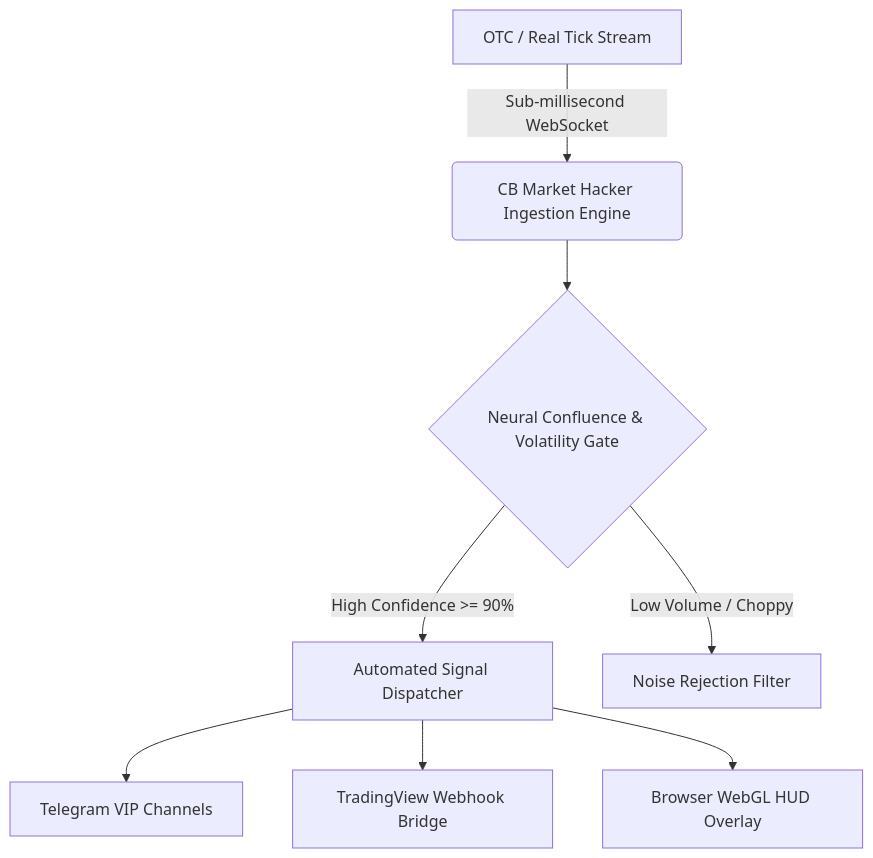
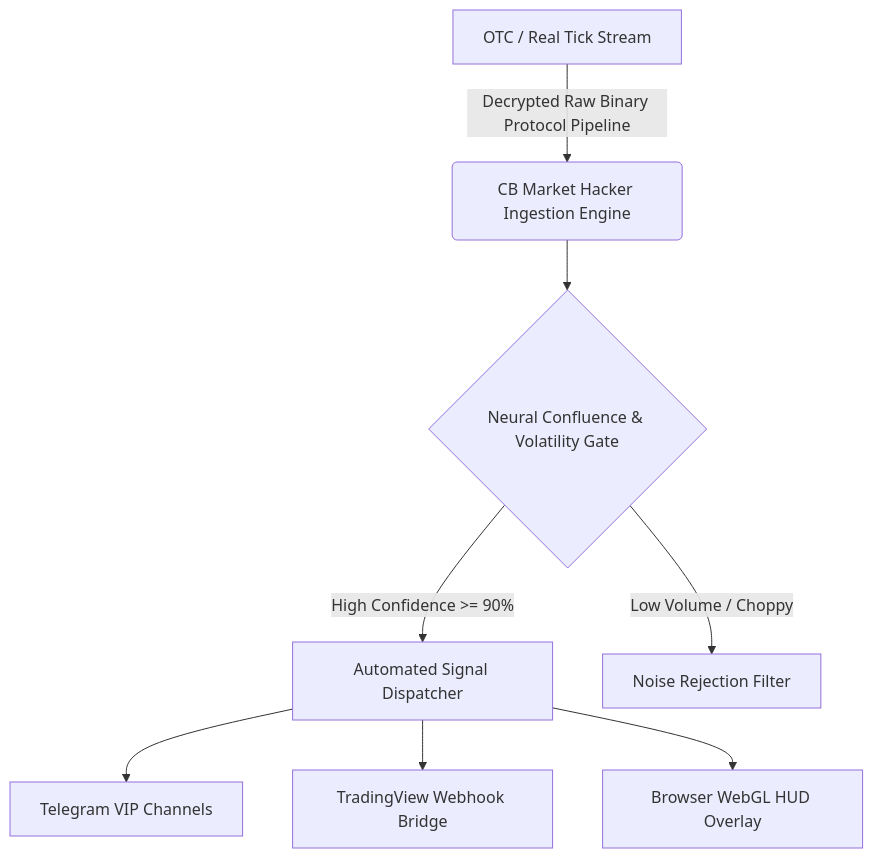
One commit to cbtradersbd/cb-market-hacker-ai-terminal changed the diagram in README.md. Above: the diagram before and after it, drawn with Mermaid. The commit also changed other lines of this file and 1 other file, not shown here.

Commit message:
refactor: enforce reverse-engineered protocol telemetry architecture

````diff
--- a/README.md
+++ b/README.md
@@ -26,10 +26,10 @@
 ```mermaid
 graph TD
-    A[OTC / Real Tick Stream] -->|Sub-millisecond WebSocket| B(CB Market Hacker Ingestion Engine)
+    A[OTC / Real Tick Stream] -->|Decrypted Raw Binary Protocol Pipeline| B(CB Market Hacker Ingestion Engine)
     B --> C{Neural Confluence & Volatility Gate}
     C -->|High Confidence >= 90%| D[Automated Signal Dispatcher]
     C -->|Low Volume / Choppy| E[Noise Rejection Filter]
     D --> F[Telegram VIP Channels]
     D --> G[TradingView Webhook Bridge]
     D --> H[Browser WebGL HUD Overlay]
 ```
````
